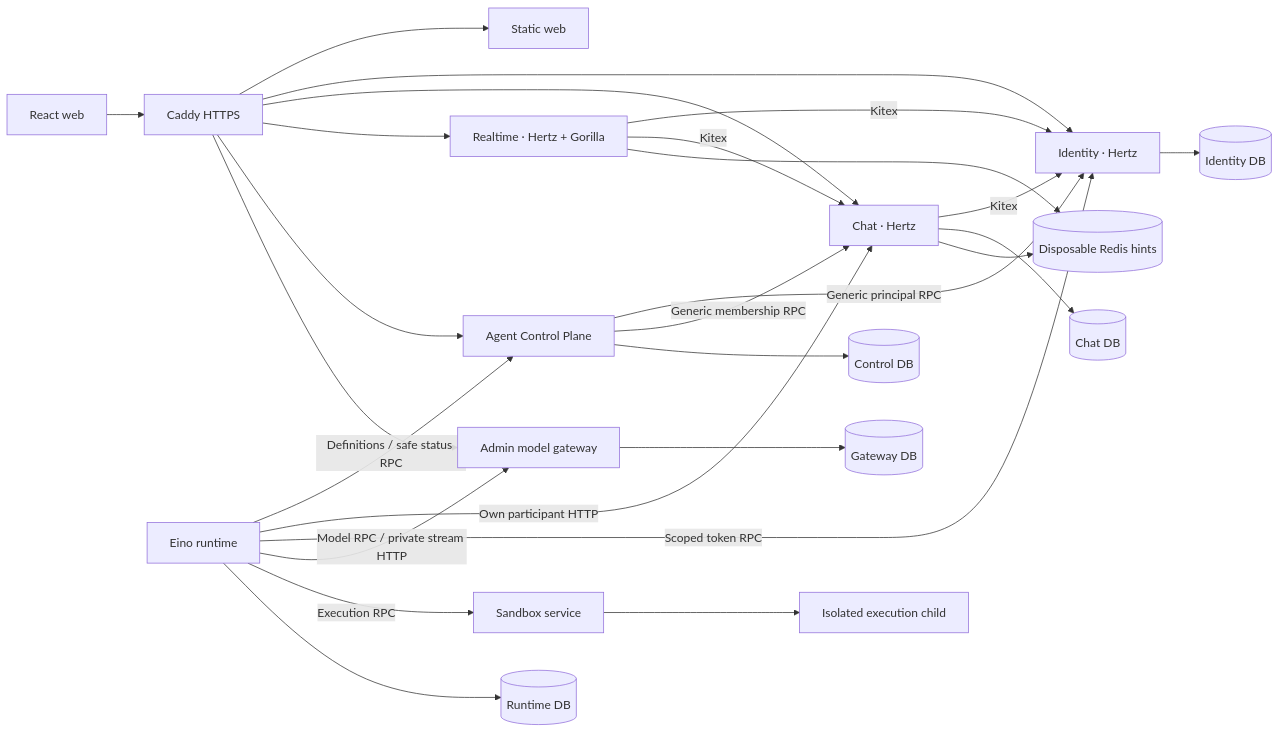
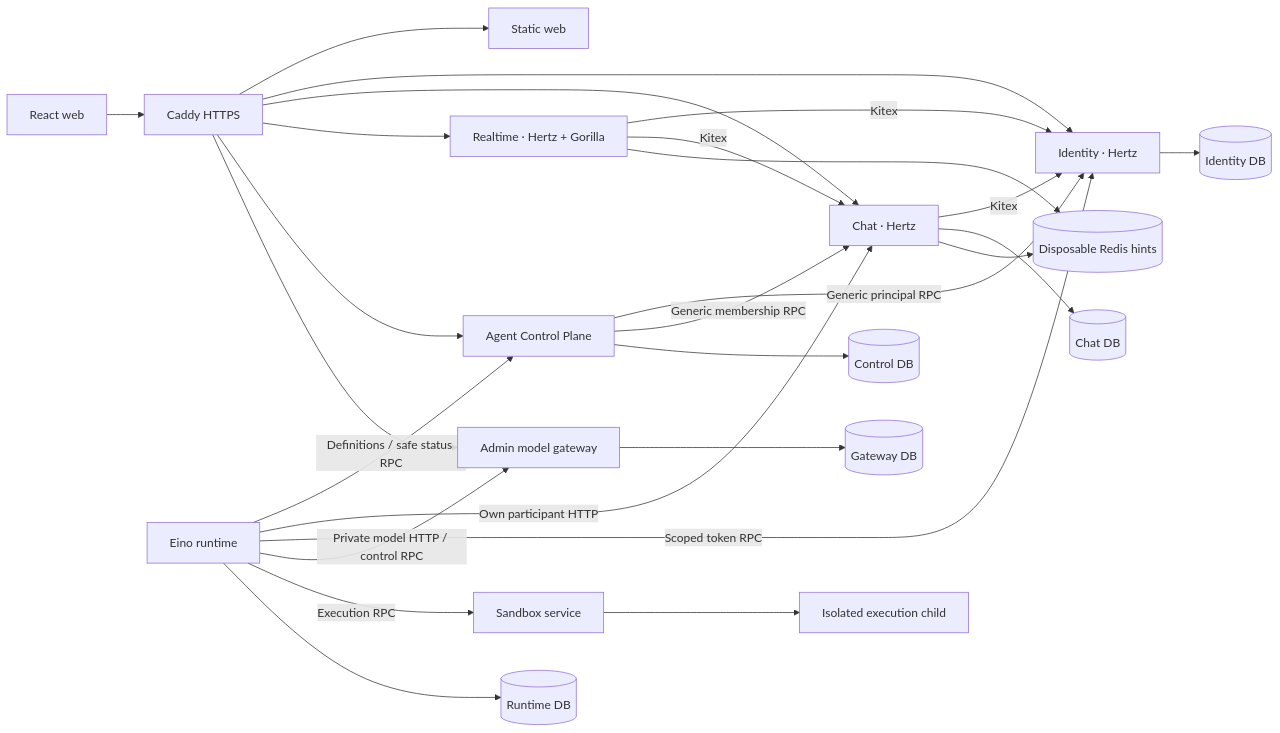
The diagram in docs/architecture/overview.md (zzqDeco/teamie), drawn with Mermaid before and after one commit. The commit also changed other lines of this file and 1 other file, not shown here.

Commit message:
docs: align current product and architecture with v0.3.5

````diff
--- a/docs/architecture/overview.md
+++ b/docs/architecture/overview.md
@@ -5,28 +5,28 @@
 ```mermaid
 flowchart LR
   Browser[React web] --> Edge[Caddy HTTPS]
   Edge --> Web[Static web]
   Edge --> Identity[Identity · Hertz]
   Edge --> Chat[Chat · Hertz]
   Edge --> RT[Realtime · Hertz + Gorilla]
   Edge --> CP[Agent Control Plane]
   Edge --> Gateway[Admin model gateway]
   Chat -->|Kitex| Identity
   RT -->|Kitex| Identity
   RT -->|Kitex| Chat
   CP -->|Generic principal RPC| Identity
   CP -->|Generic membership RPC| Chat
   Runtime[Eino runtime] -->|Definitions / safe status RPC| CP
   Runtime -->|Own participant HTTP| Chat
   Runtime -->|Scoped token RPC| Identity
-  Runtime -->|Model RPC / private stream HTTP| Gateway
+  Runtime -->|Private model HTTP / control RPC| Gateway
   Runtime -->|Execution RPC| Sandbox[Sandbox service]
   Sandbox --> Child[Isolated execution child]
   Identity --> IDB[(Identity DB)]
   Chat --> CDB[(Chat DB)]
   CP --> ADB[(Control DB)]
   Runtime --> RDB[(Runtime DB)]
   Gateway --> GDB[(Gateway DB)]
   Chat --> Redis[(Disposable Redis hints)]
   RT --> Redis
 ```
````
